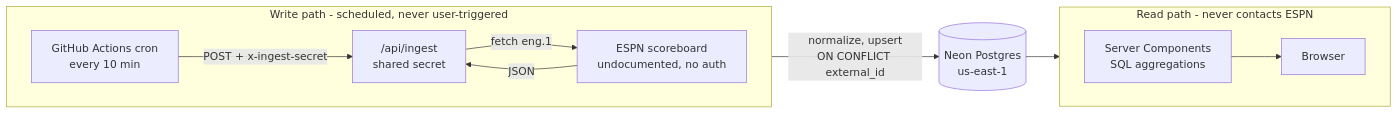
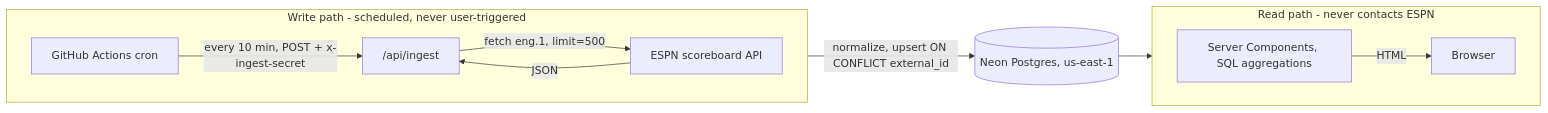
One commit to purebonk/Premier-League-Tracker changed the diagram in README.md. Above: the diagram before and after it, drawn with Mermaid. The commit also changed 3 other files, not shown here.

First line of the commit message:
Document ingest window as UTC-relative, fix Mermaid label rendering

````diff
--- a/README.md
+++ b/README.md
@@ -28,24 +28,24 @@
 ```mermaid
 flowchart LR
   subgraph write["Write path - scheduled, never user-triggered"]
     direction LR
-    CRON["GitHub Actions cron<br/>every 10 min"]
-    ING["/api/ingest<br/>shared secret"]
-    ESPN["ESPN scoreboard<br/>undocumented, no auth"]
-    CRON -->|"POST + x-ingest-secret"| ING
-    ING -->|"fetch eng.1"| ESPN
+    CRON["GitHub Actions cron"]
+    ING["/api/ingest"]
+    ESPN["ESPN scoreboard API"]
+    CRON -->|"every 10 min, POST + x-ingest-secret"| ING
+    ING -->|"fetch eng.1, limit=500"| ESPN
     ESPN -->|"JSON"| ING
   end
 
-  DB[("Neon Postgres<br/>us-east-1")]
-  ING -->|"normalize, upsert<br/>ON CONFLICT external_id"| DB
+  DB[("Neon Postgres, us-east-1")]
+  ING -->|"normalize, upsert ON CONFLICT external_id"| DB
 
   subgraph read["Read path - never contacts ESPN"]
     direction LR
-    RSC["Server Components<br/>SQL aggregations"]
+    RSC["Server Components, SQL aggregations"]
     WEB["Browser"]
-    RSC --> WEB
+    RSC -->|"HTML"| WEB
   end
 
   DB --> RSC
 ```
````
